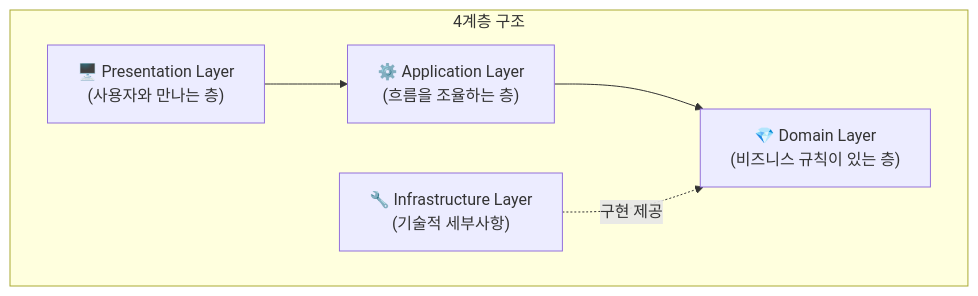
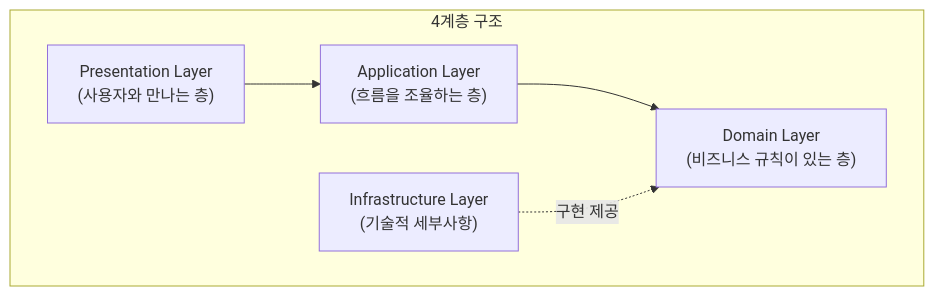
Before and after one commit to advanced-beginner/advanced-beginner.github.io: the first of 5 diagrams in content/ko/ddd/concepts/layered-architecture.md, drawn with Mermaid. The commit also changed other lines of this file and 13 other files, not shown here.

````diff
--- a/content/ko/ddd/concepts/layered-architecture.md
+++ b/content/ko/ddd/concepts/layered-architecture.md
@@ -14,12 +13,12 @@
 ```mermaid
 flowchart TB
     subgraph Layers["4계층 구조"]
-        P["🖥️ Presentation Layer<br>(사용자와 만나는 층)"]
-        A["⚙️ Application Layer<br>(흐름을 조율하는 층)"]
-        D["💎 Domain Layer<br>(비즈니스 규칙이 있는 층)"]
-        I["🔧 Infrastructure Layer<br>(기술적 세부사항)"]
+        P["Presentation Layer<br>(사용자와 만나는 층)"]
+        A["Application Layer<br>(흐름을 조율하는 층)"]
+        D["Domain Layer<br>(비즈니스 규칙이 있는 층)"]
+        I["Infrastructure Layer<br>(기술적 세부사항)"]
     end
 
     P --> A --> D
     I -.->|"구현 제공"| D
 ```
````
